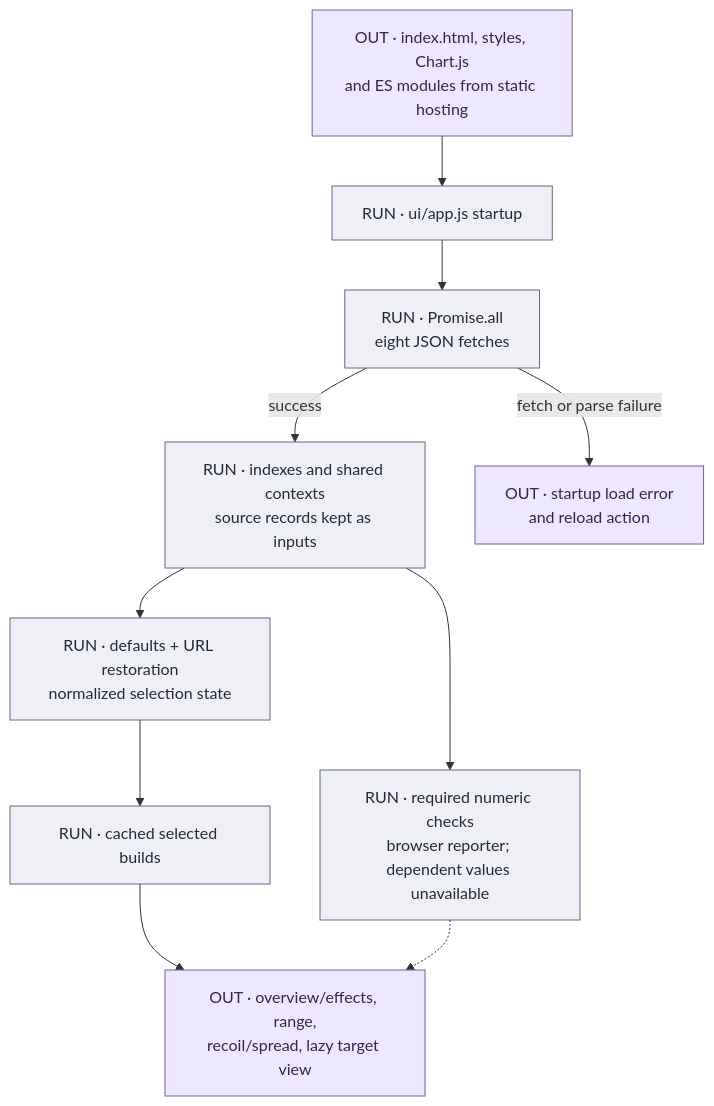
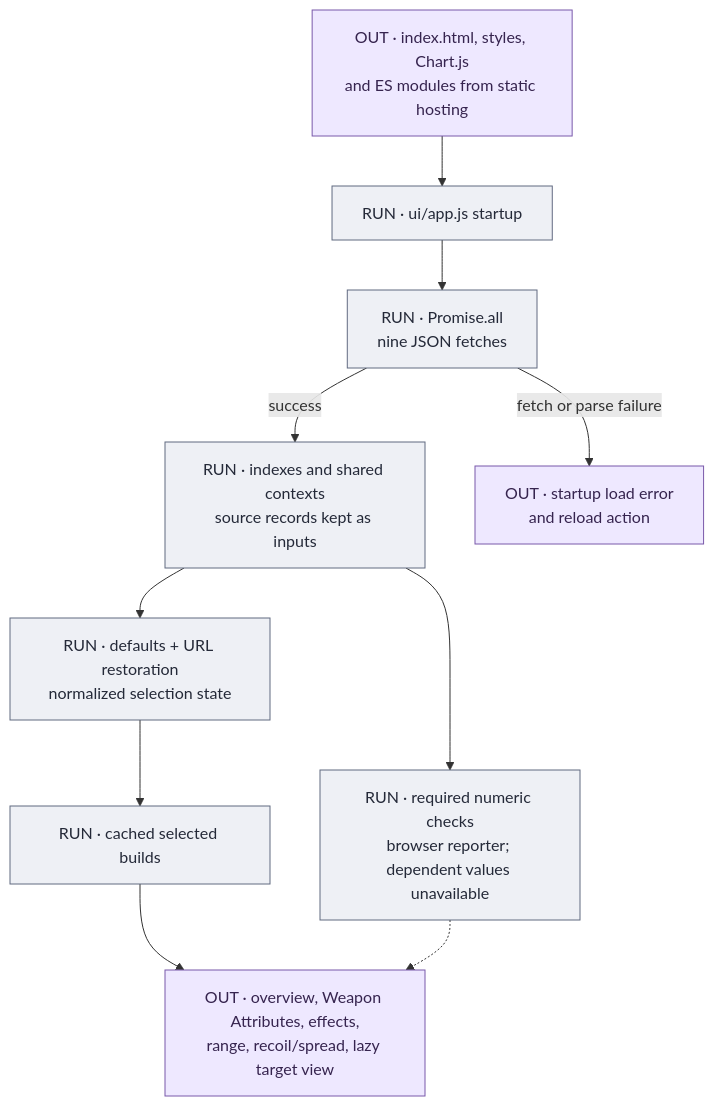
One commit to raymdl/BF6-Weapon-Analyzer changed the first of 3 diagrams in docs/data-flow/UI_PUBLISHING.md. Above: the diagram before and after it, drawn with Mermaid. The commit also changed other lines of this file and 8 other files, not shown here.

First line of the commit message:
Refresh data-flow atlas for current state and render viewer live

````diff
--- a/docs/data-flow/UI_PUBLISHING.md
+++ b/docs/data-flow/UI_PUBLISHING.md
@@ -7,28 +9,23 @@
 ```mermaid
 flowchart TB
     P["OUT · index.html, styles, Chart.js<br/>and ES modules from static hosting"]:::out
     A["RUN · ui/app.js startup"]:::run
-    F["RUN · Promise.all<br/>eight JSON fetches"]:::run
+    F["RUN · Promise.all<br/>nine JSON fetches"]:::run
     C["RUN · indexes and shared contexts<br/>source records kept as inputs"]:::run
     S["RUN · defaults + URL restoration<br/>normalized selection state"]:::run
     B["RUN · cached selected builds"]:::run
-    V["OUT · overview/effects, range,<br/>recoil/spread, lazy target view"]:::out
+    V["OUT · overview, Weapon Attributes, effects,<br/>range, recoil/spread, lazy target view"]:::out
     E["OUT · startup load error<br/>and reload action"]:::out
     N["RUN · required numeric checks<br/>browser reporter; dependent values unavailable"]:::run
     P --> A
     A --> F
     F -->|success| C
     F -->|fetch or parse failure| E
     C --> S
     S --> B
     B --> V
     C --> N
     N -.-> V
-    classDef src fill:#e8efff,stroke:#4463a6,color:#16284c
-    classDef cur fill:#fff1d9,stroke:#9c6b17,color:#492f08
-    classDef gen fill:#dcf4ef,stroke:#27806c,color:#123f35
     classDef run fill:#eef0f5,stroke:#616a80,color:#242938
-    classDef asm fill:#fff0ef,stroke:#b34c46,color:#621f1b,stroke-dasharray:5 3
     classDef out fill:#eee8ff,stroke:#7958aa,color:#36244f
-    classDef ev fill:#f7f7f7,stroke:#858585,color:#333333,stroke-dasharray:3 3
 ```
````
